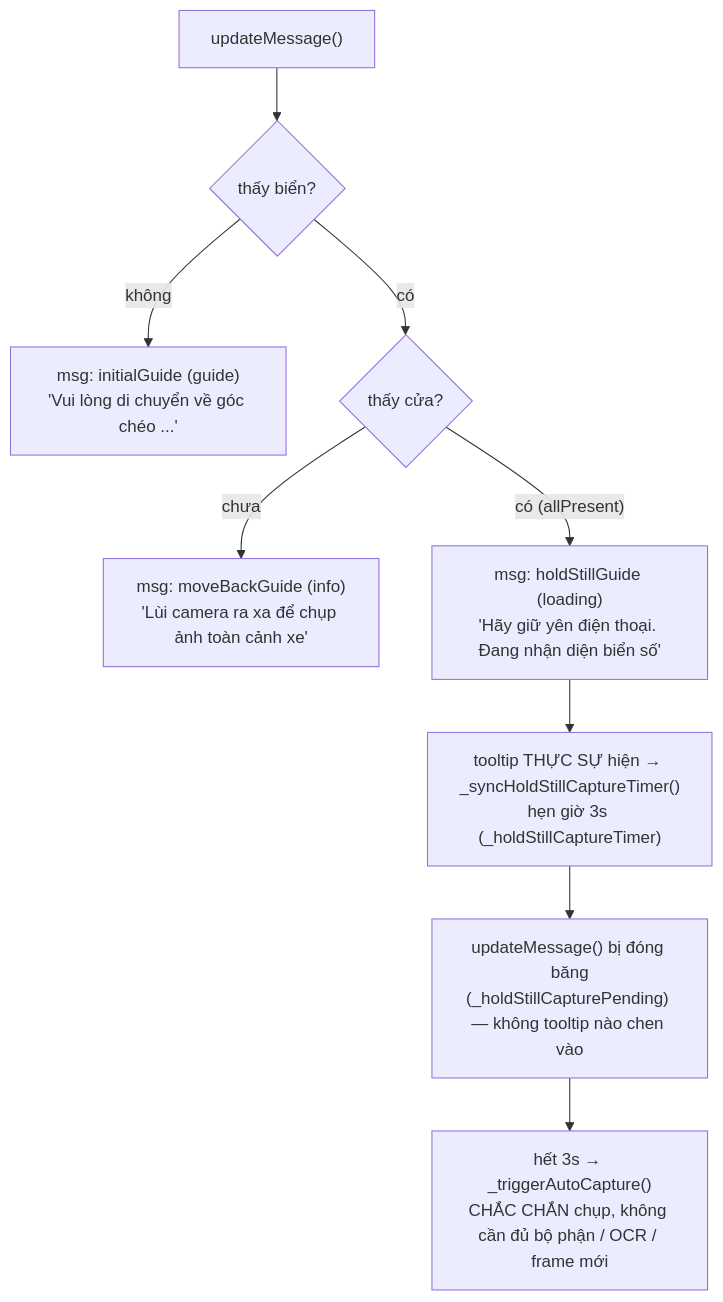
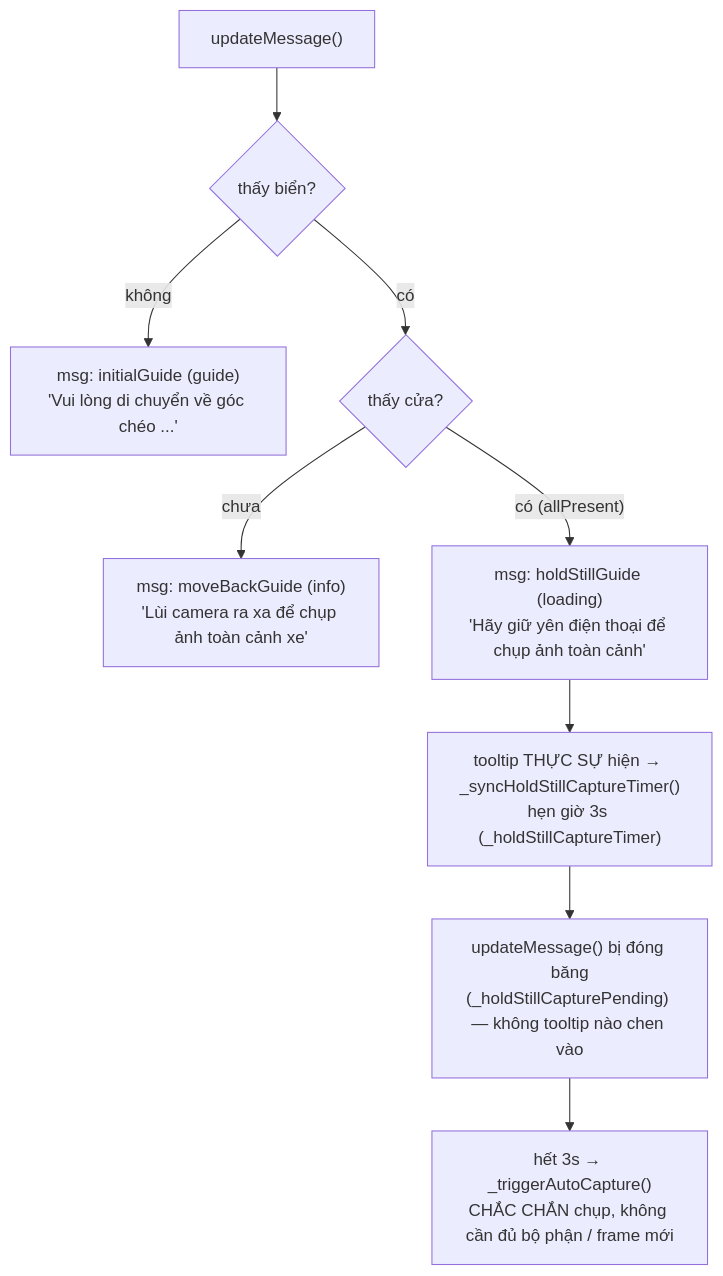
One commit to Aicycle-Insurance/aicycle_on_device changed the third of 9 diagrams in CAMERA_CONTROLLER.md. Above: the diagram before and after it, drawn with Mermaid. The commit also changed other lines of this file and 19 other files, not shown here.

````diff
--- a/CAMERA_CONTROLLER.md
+++ b/CAMERA_CONTROLLER.md
@@ -62,12 +61,12 @@
 ```mermaid
 flowchart TD
     U["updateMessage()"] --> Q1{"thấy biển?"}
     Q1 -->|không| M1["msg: initialGuide (guide)<br/>'Vui lòng di chuyển về góc chéo ...'"]
     Q1 -->|có| Q2{"thấy cửa?"}
     Q2 -->|chưa| M2["msg: moveBackGuide (info)<br/>'Lùi camera ra xa để chụp ảnh toàn cảnh xe'"]
-    Q2 -->|"có (allPresent)"| M4["msg: holdStillGuide (loading)<br/>'Hãy giữ yên điện thoại. Đang nhận diện biển số'"]
+    Q2 -->|"có (allPresent)"| M4["msg: holdStillGuide (loading)<br/>'Hãy giữ yên điện thoại để chụp ảnh toàn cảnh'"]
 
     M4 --> T3["tooltip THỰC SỰ hiện → _syncHoldStillCaptureTimer()<br/>hẹn giờ 3s (_holdStillCaptureTimer)"]
     T3 --> FREEZE["updateMessage() bị đóng băng<br/>(_holdStillCapturePending) — không tooltip nào chen vào"]
-    FREEZE --> CAP["hết 3s → _triggerAutoCapture()<br/>CHẮC CHẮN chụp, không cần đủ bộ phận / OCR / frame mới"]
+    FREEZE --> CAP["hết 3s → _triggerAutoCapture()<br/>CHẮC CHẮN chụp, không cần đủ bộ phận / frame mới"]
 ```
````
